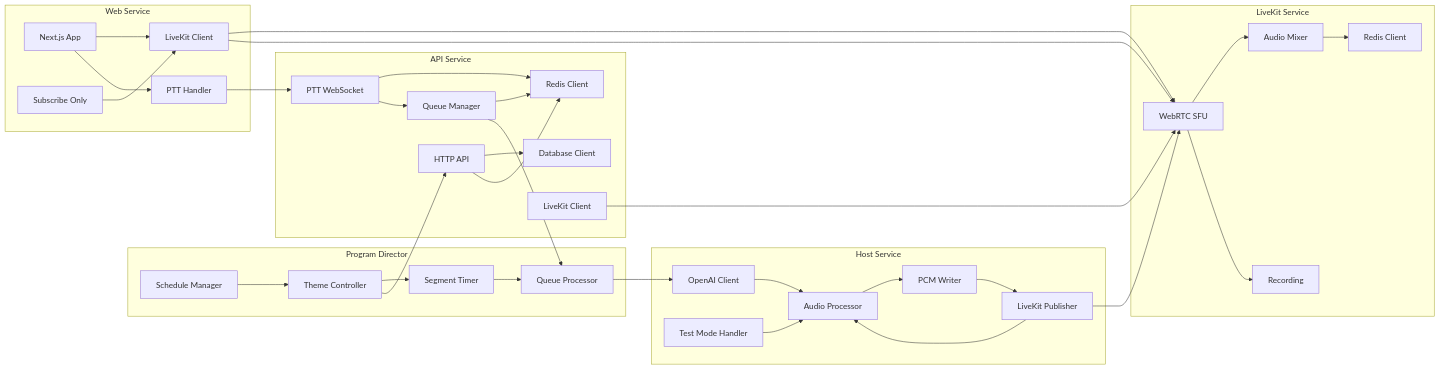
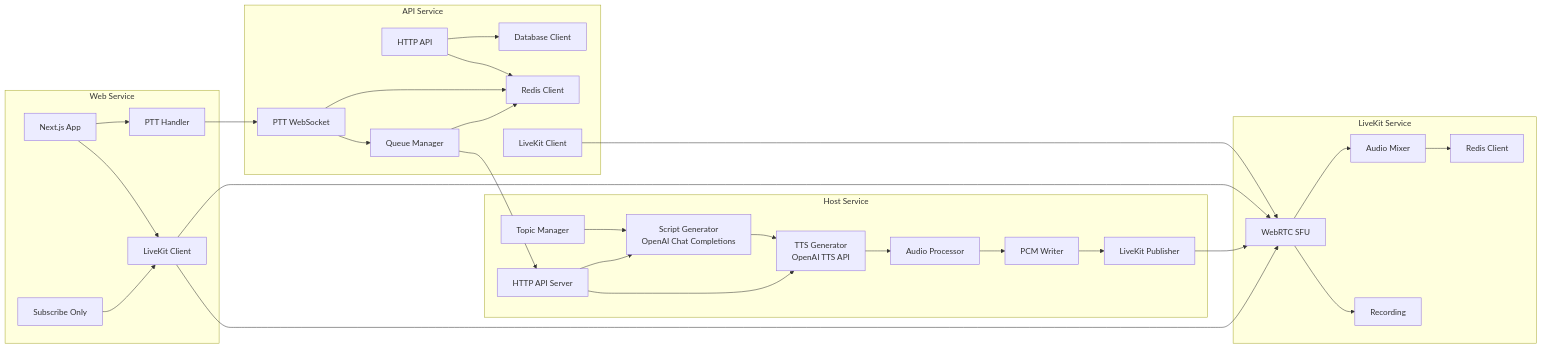
Before and after one commit to IzmYuta/Hacz_Ichthyo: the third of 3 diagrams in docs/architecture-diagram.md, drawn with Mermaid. The commit also changed other lines of this file and 4 other files, not shown here.

````diff
--- a/docs/architecture-diagram.md
+++ b/docs/architecture-diagram.md
@@ -117,79 +120,69 @@
 ```mermaid
 graph LR
     subgraph "API Service"
         A1[HTTP API]
         A2[PTT WebSocket]
         A3[Database Client]
         A4[Redis Client]
         A5[LiveKit Client]
         A6[Queue Manager]
     end
     
     subgraph "Host Service"
-        H1[OpenAI Client]
-        H2[LiveKit Publisher]
-        H3[Audio Processor]
-        H4[PCM Writer]
-        H5[Test Mode Handler]
-    end
-    
-    subgraph "Program Director"
-        P1[Schedule Manager]
-        P2[Theme Controller]
-        P3[Segment Timer]
-        P4[Queue Processor]
+        H1[Script Generator<br/>OpenAI Chat Completions]
+        H2[TTS Generator<br/>OpenAI TTS API]
+        H3[LiveKit Publisher]
+        H4[Audio Processor]
+        H5[PCM Writer]
+        H6[Topic Manager]
+        H7[HTTP API Server]
     end
     
     subgraph "LiveKit Service"
         L1[WebRTC SFU]
         L2[Audio Mixer]
         L3[Recording]
         L4[Redis Client]
     end
     
     subgraph "Web Service"
         W1[Next.js App]
         W2[LiveKit Client]
         W3[PTT Handler]
         W4[Subscribe Only]
     end
     
     %% API Service connections
     A1 --> A3
     A1 --> A4
     A2 --> A4
     A2 --> A6
     A5 --> L1
     A6 --> A4
     
     %% Host Service connections
-    H1 --> H3
-    H2 --> H3
-    H3 --> H4
-    H4 --> H2
+    H6 --> H1
+    H1 --> H2
+    H2 --> H4
+    H4 --> H5
     H5 --> H3
-    
-    %% Program Director connections
-    P1 --> P2
-    P2 --> P3
-    P3 --> P4
-    P4 --> H1
+    H7 --> H1
+    H7 --> H2
     
     %% LiveKit Service connections
     L1 --> L2
     L1 --> L3
     L2 --> L4
     
     %% Web Service connections
     W1 --> W2
     W1 --> W3
     W3 --> A2
     W2 --> L1
     W4 --> W2
     
     %% Inter-service connections
-    H2 --> L1
+    H3 --> L1
     W2 --> L1
-    A6 --> P4
-    P2 --> A1
+    A6 --> H7
 ```
````
